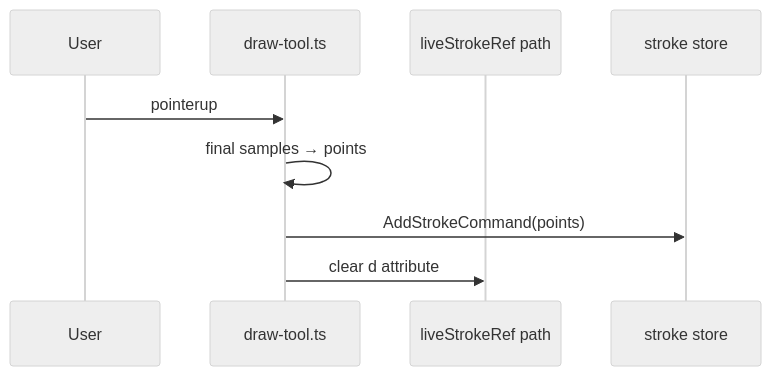
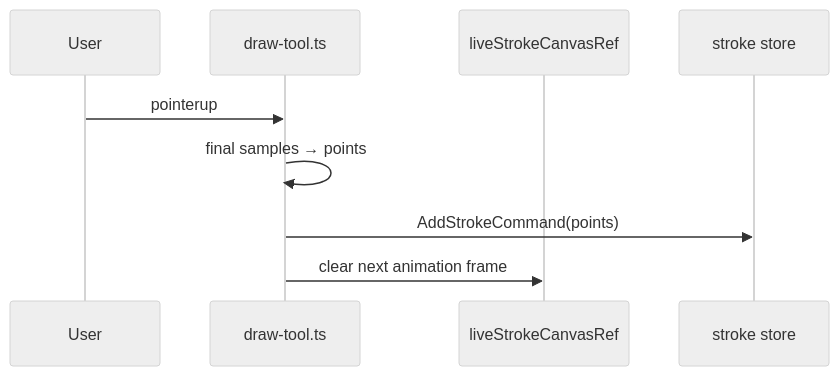
The third of 4 diagrams in docs/ink-canvas-live-drawing.md (daledesilva/obsidian_ink), drawn with Mermaid (neutral theme) before and after one commit. The commit also changed other lines of this file and 6 other files, not shown here.

First line of the commit message:
added: Moved in-progress strokes onto an HTML canvas overlay so live drawing stays responsive on long SVG pages. Cleared the overlay on pointer up after the stroke commits to the SVG store, keeping the same perfect-freehand path for WYSIWYG.

````diff
--- a/docs/ink-canvas-live-drawing.md
+++ b/docs/ink-canvas-live-drawing.md
@@ -62,12 +69,12 @@
 ```mermaid
 sequenceDiagram
   participant User
   participant DrawTool as draw-tool.ts
-  participant LivePath as liveStrokeRef path
+  participant LiveCanvas as liveStrokeCanvasRef
   participant Store as stroke store
 
   User->>DrawTool: pointerup
   DrawTool->>DrawTool: final samples → points
   DrawTool->>Store: AddStrokeCommand(points)
-  DrawTool->>LivePath: clear d attribute
+  DrawTool->>LiveCanvas: clear next animation frame
 ```
````
